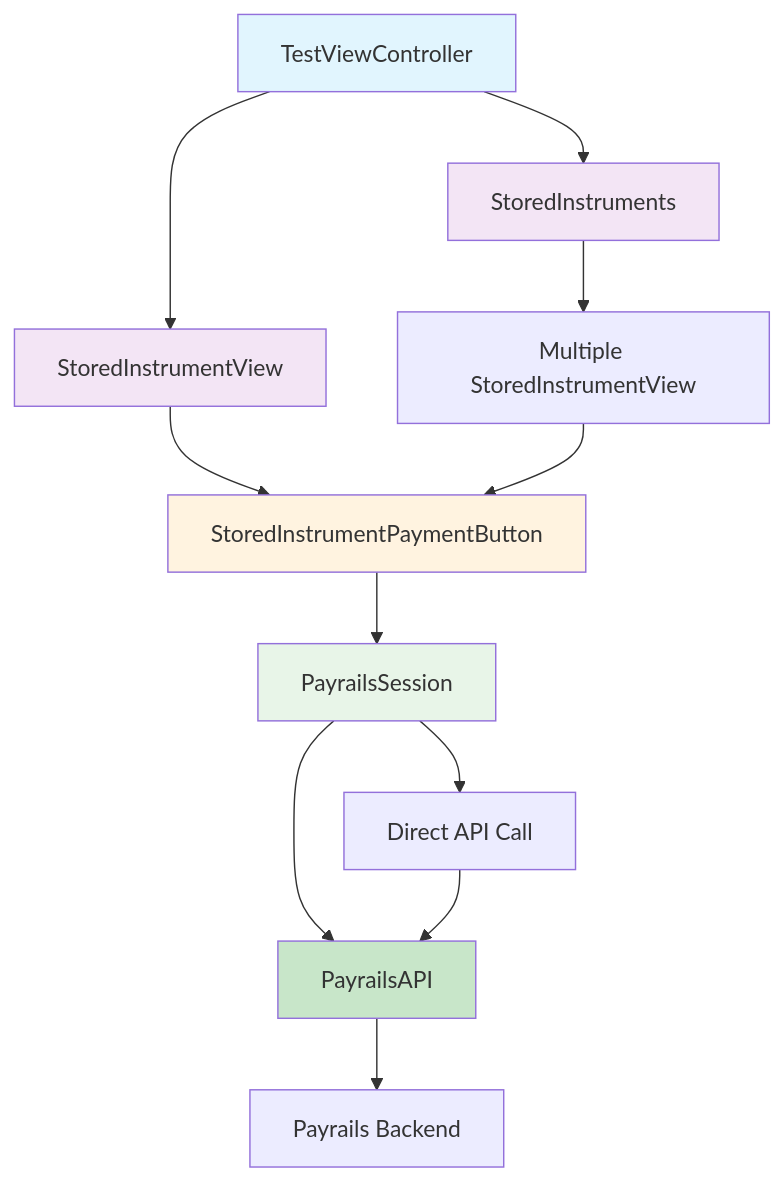
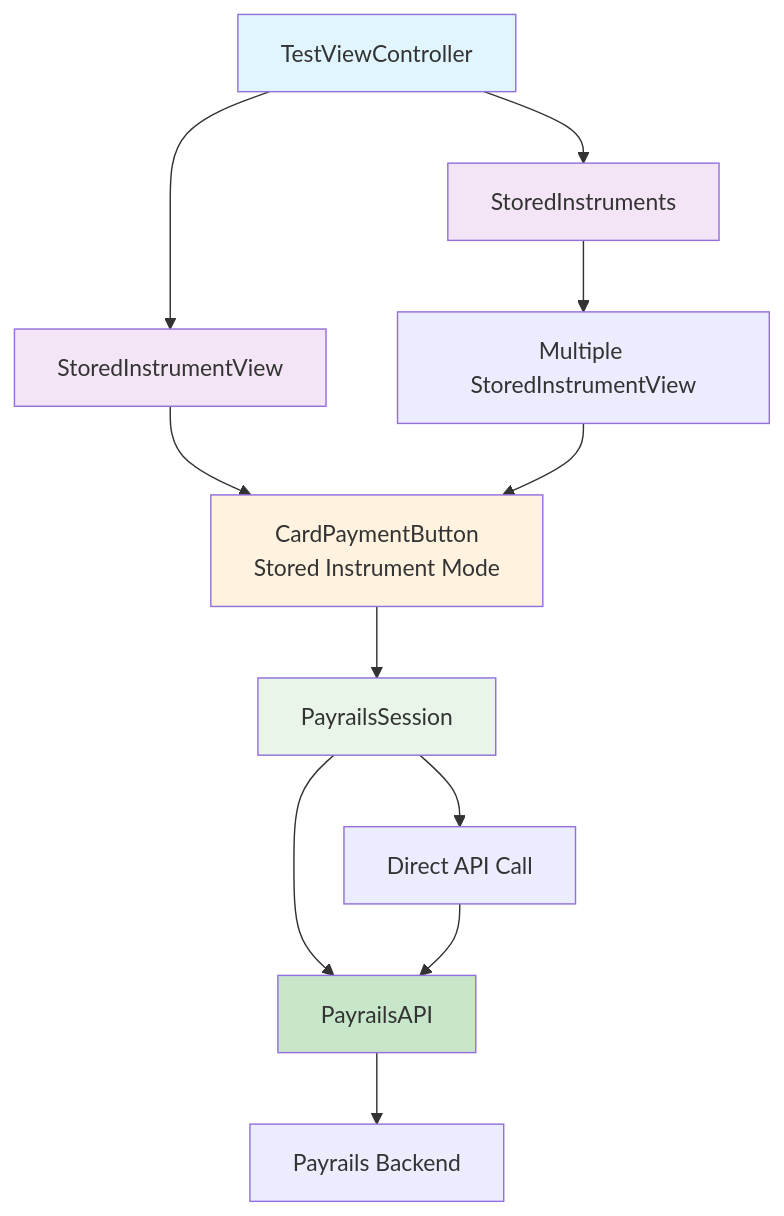
Before and after one commit to payrails/ios-sdk: the first of 2 diagrams in docs/stored-instrument-payment-flow-documentation.md, drawn with Mermaid. The commit also changed other lines of this file and 5 other files, not shown here.

Commit message:
ACC-36: we are using same CardPaymentButton for both stored instruments and cardpaymentform

````diff
--- a/docs/stored-instrument-payment-flow-documentation.md
+++ b/docs/stored-instrument-payment-flow-documentation.md
@@ -36,21 +36,21 @@
 ```mermaid
 graph TB
     A[TestViewController] --> B[StoredInstruments]
     A --> C[StoredInstrumentView]
     B --> D[Multiple StoredInstrumentView]
-    C --> E[StoredInstrumentPaymentButton]
+    C --> E[CardPaymentButton<br/>Stored Instrument Mode]
     D --> E
     E --> F[PayrailsSession]
     F --> G[PayrailsAPI]
     G --> H[Payrails Backend]
     
     F --> I[Direct API Call]
     I --> G
     
     style A fill:#e1f5fe
     style B fill:#f3e5f5
     style C fill:#f3e5f5
     style E fill:#fff3e0
     style F fill:#e8f5e8
     style G fill:#c8e6c9
 ```
````
